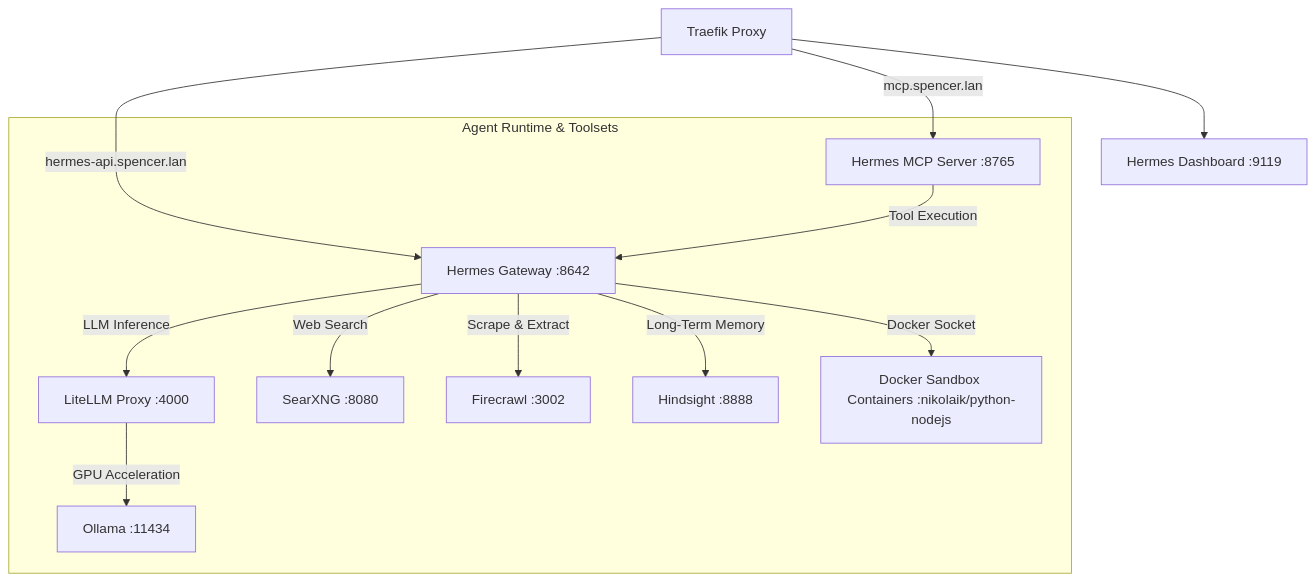
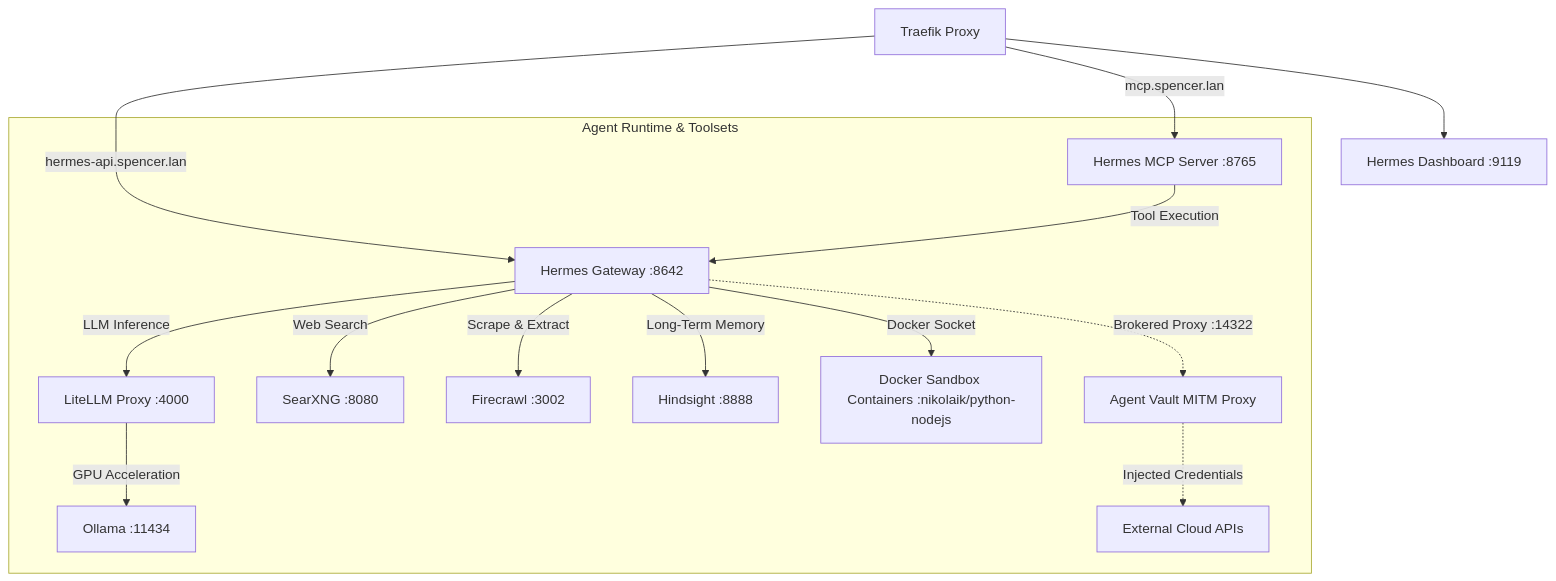
One commit to jamesbspencer/homelab changed the diagram in docs/hermes.md. Above: the diagram before and after it, drawn with Mermaid. The commit also changed other lines of this file and 8 other files, not shown here.

Commit message:
feat: configure hermes, litellm, searxng, and firecrawl to use agent vault proxy and broker

````diff
--- a/docs/hermes.md
+++ b/docs/hermes.md
@@ -22,16 +22,18 @@
 ```mermaid
 graph TD
     Traefik[Traefik Proxy] -->|<hermes-public-domain>| Dashboard[Hermes Dashboard :9119]
     Traefik -->|hermes-api.spencer.lan| Gateway[Hermes Gateway :8642]
     Traefik -->|mcp.spencer.lan| MCPServer[Hermes MCP Server :8765]
     
     subgraph Agent Runtime & Toolsets
         Gateway -->|LLM Inference| LiteLLM[LiteLLM Proxy :4000]
         LiteLLM -->|GPU Acceleration| Ollama[Ollama :11434]
         MCPServer -->|Tool Execution| Gateway
         Gateway -->|Web Search| SearXNG[SearXNG :8080]
         Gateway -->|Scrape & Extract| Firecrawl[Firecrawl :3002]
         Gateway -->|Long-Term Memory| Hindsight[Hindsight :8888]
         Gateway -->|Docker Socket| Sandbox[Docker Sandbox Containers :nikolaik/python-nodejs]
+        Gateway -.->|Brokered Proxy :14322| AgentVault[Agent Vault MITM Proxy]
+        AgentVault -.->|Injected Credentials| ExternalAPIs[External Cloud APIs]
     end
 ```
````
